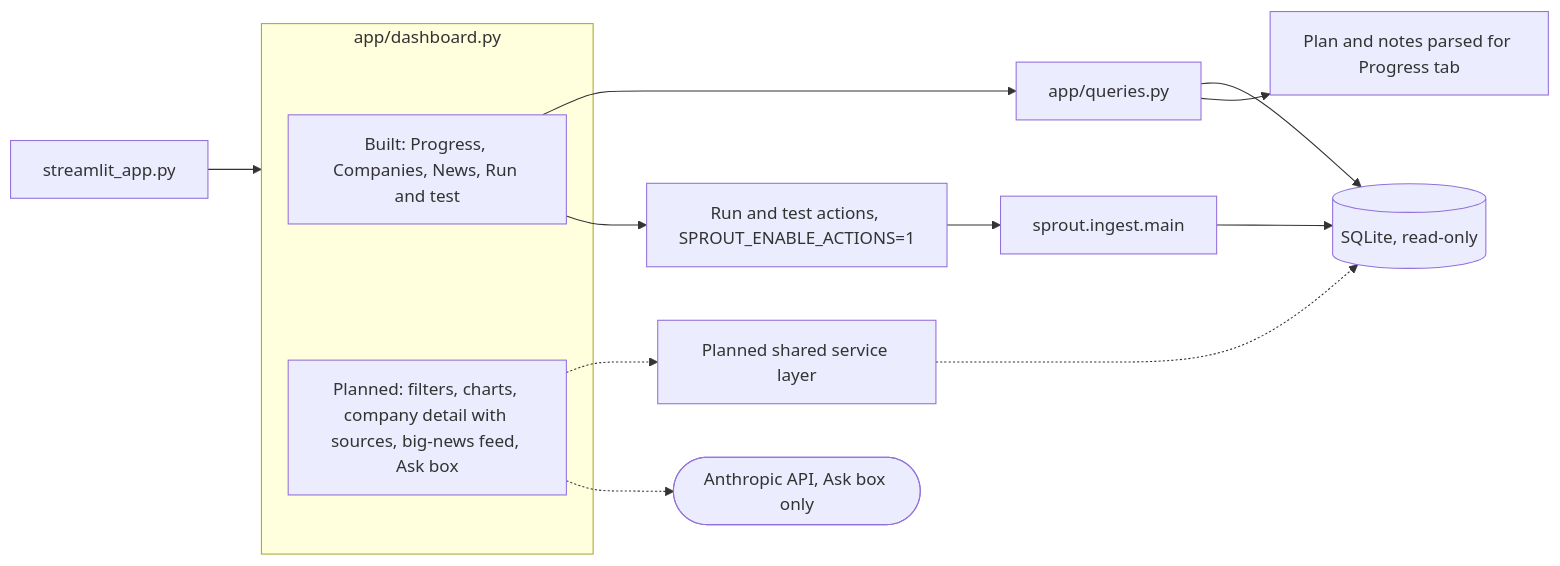
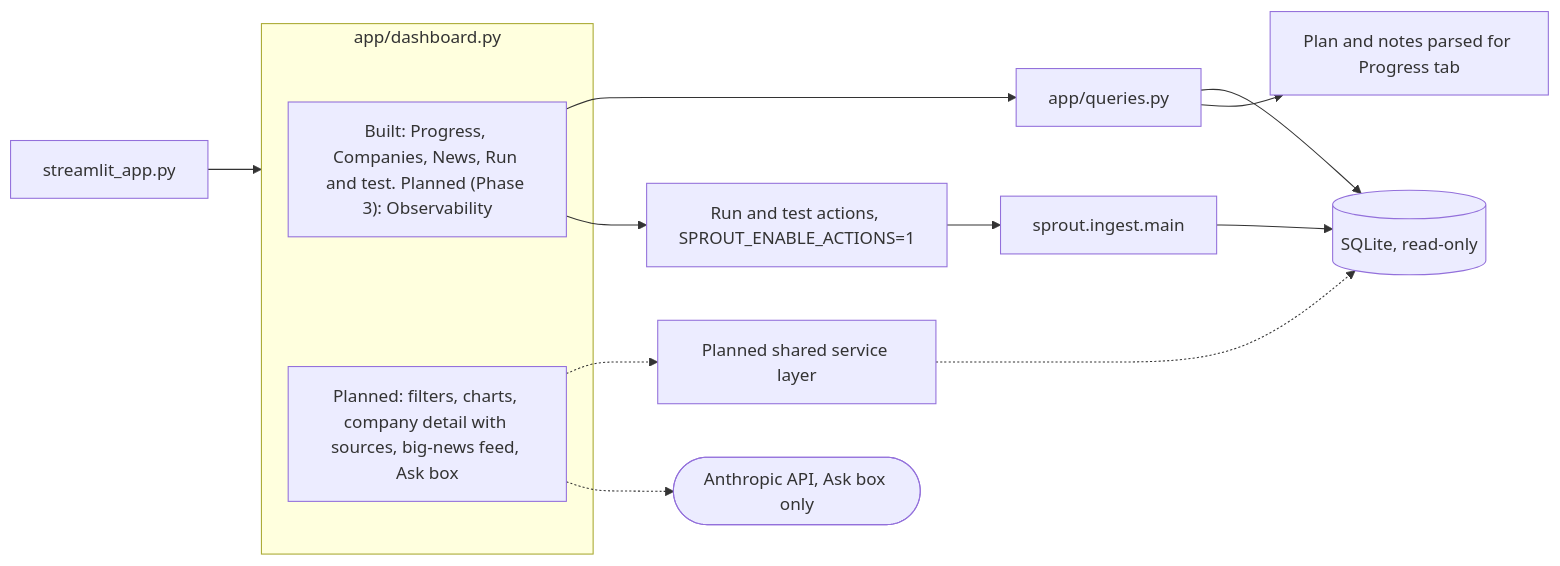
The seventh of 14 diagrams in docs/architecture.md (Farzaanee/sprout), drawn with Mermaid before and after one commit. The commit also changed other lines of this file and 1 other file, not shown here.

Commit message:
update architecture.md for phase 3 - Observability

````diff
--- a/docs/architecture.md
+++ b/docs/architecture.md
@@ -287,25 +319,25 @@
 ```mermaid
 flowchart LR
     ENTRY["streamlit_app.py"]
     subgraph UI["app/dashboard.py"]
-        T1["Built: Progress, Companies, News, Run and test"]
+        T1["Built: Progress, Companies, News, Run and test. Planned (Phase 3): Observability"]
         T2["Planned: filters, charts, company detail with sources, big-news feed, Ask box"]
     end
     Q["app/queries.py"]
     SVC["Planned shared service layer"]
     SQL[("SQLite, read-only")]
     DOCS["Plan and notes parsed for Progress tab"]
     ACT["Run and test actions, SPROUT_ENABLE_ACTIONS=1"]
     ING["sprout.ingest.main"]
     LLM(["Anthropic API, Ask box only"])
     ENTRY --> UI
     T1 --> Q
     T2 -.-> SVC
     Q --> SQL
     Q --> DOCS
     SVC -.-> SQL
     T1 --> ACT
     ACT --> ING
     ING --> SQL
     T2 -.-> LLM
 ```
````
